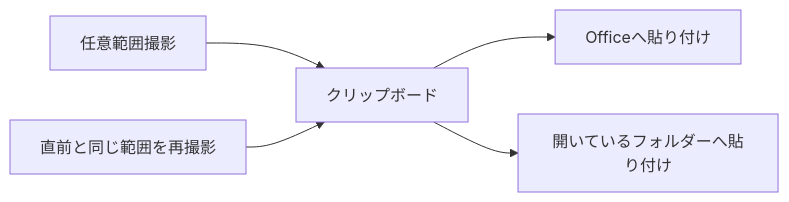
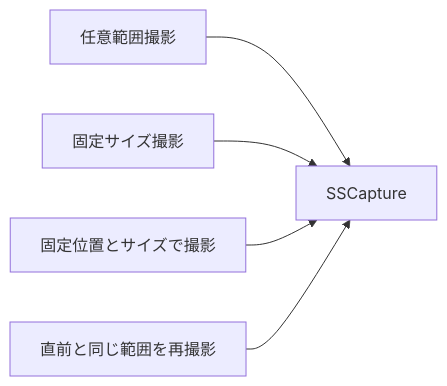
One commit to KotorinChunChun/SSCapture changed the first of 2 diagrams in README.md. Above: the diagram before and after it, drawn with Mermaid. The commit also changed other lines of this file, not shown here.

Commit message:
活用フローの図をインプットとアウトプットに分ける

````diff
--- a/README.md
+++ b/README.md
@@ -9,7 +9,7 @@
 ```mermaid
 flowchart LR
-    area["任意範囲撮影"] --> clipboard["クリップボード"]
-    repeat["直前と同じ範囲を再撮影"] --> clipboard
-    clipboard --> office["Officeへ貼り付け"]
-    clipboard --> currentFolder["開いているフォルダーへ貼り付け"]
+    area["任意範囲撮影"] --> capture["SSCapture"]
+    size["固定サイズ撮影"] --> capture
+    position["固定位置とサイズで撮影"] --> capture
+    repeat["直前と同じ範囲を再撮影"] --> capture
 ```
````
